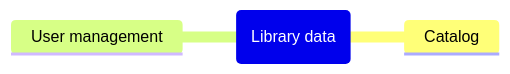
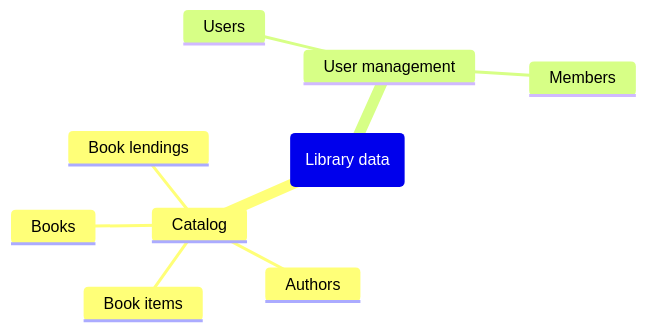
The fourth of 5 diagrams in chapter_2/README.md (PatrickGIRY/Data-Oriented-Programming), drawn with Mermaid before and after one commit. The commit also changed other lines of this file, not shown here.

Commit message:
Update readme chapter 2

````diff
--- a/chapter_2/README.md
+++ b/chapter_2/README.md
@@ -105,6 +107,12 @@
 ```mermaid
 mindmap
 root(Library data)
     Catalog
+        Books
+        Authors
+        Book items
+        Book lendings
     User management
+        Users
+        Members
 ```
````
